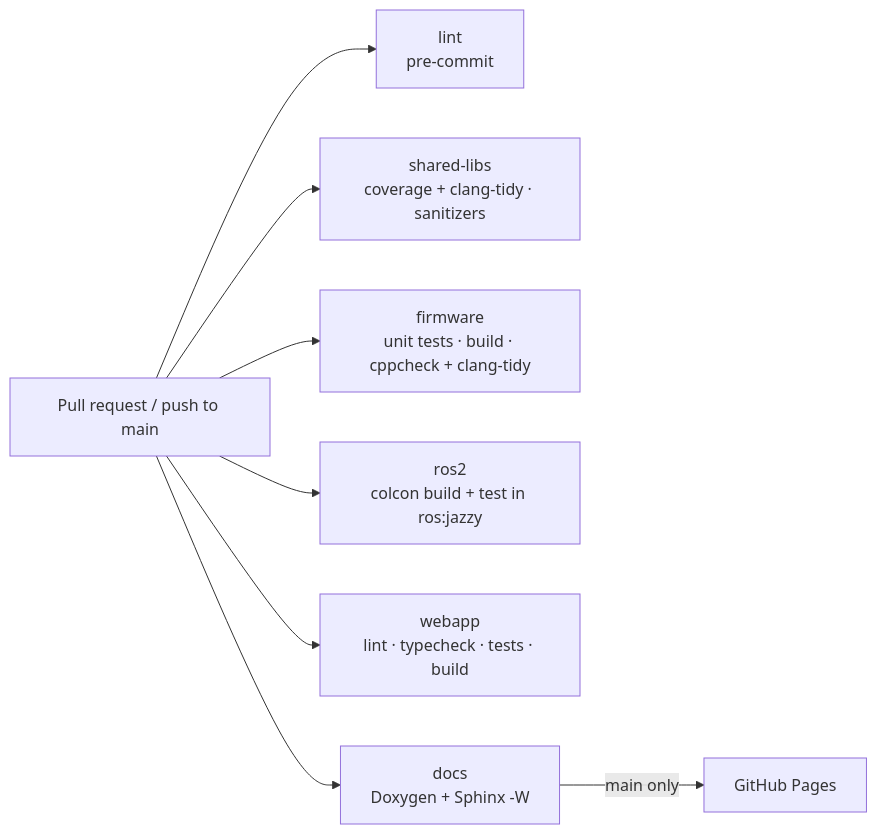
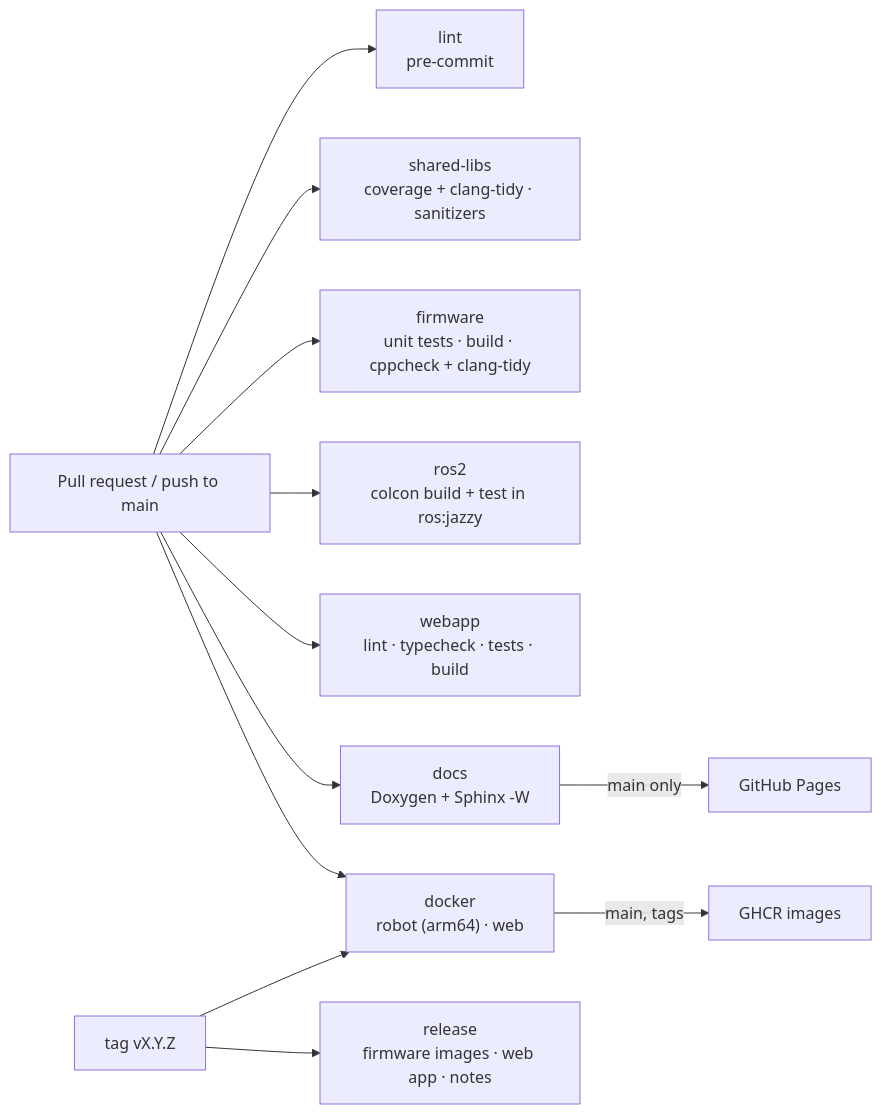
Before and after one commit to dagebg/ros2-self-balancing-robot: the diagram in docs/source/development/ci-cd.md, drawn with Mermaid. The commit also changed other lines of this file and 8 other files, not shown here.

````diff
--- a/docs/source/development/ci-cd.md
+++ b/docs/source/development/ci-cd.md
@@ -6,10 +6,14 @@
 ```mermaid
 flowchart LR
   PR["Pull request / push to main"] --> LINT["lint<br/>pre-commit"]
   PR --> SH["shared-libs<br/>coverage + clang-tidy · sanitizers"]
   PR --> FW["firmware<br/>unit tests · build · cppcheck + clang-tidy"]
   PR --> ROS["ros2<br/>colcon build + test in ros:jazzy"]
   PR --> WEB["webapp<br/>lint · typecheck · tests · build"]
   PR --> DOCS["docs<br/>Doxygen + Sphinx -W"]
+  PR --> IMG["docker<br/>robot (arm64) · web"]
   DOCS -- "main only" --> PAGES["GitHub Pages"]
+  IMG -- "main, tags" --> GHCR["GHCR images"]
+  TAG["tag vX.Y.Z"] --> REL["release<br/>firmware images · web app · notes"]
+  TAG --> IMG
 ```
````
